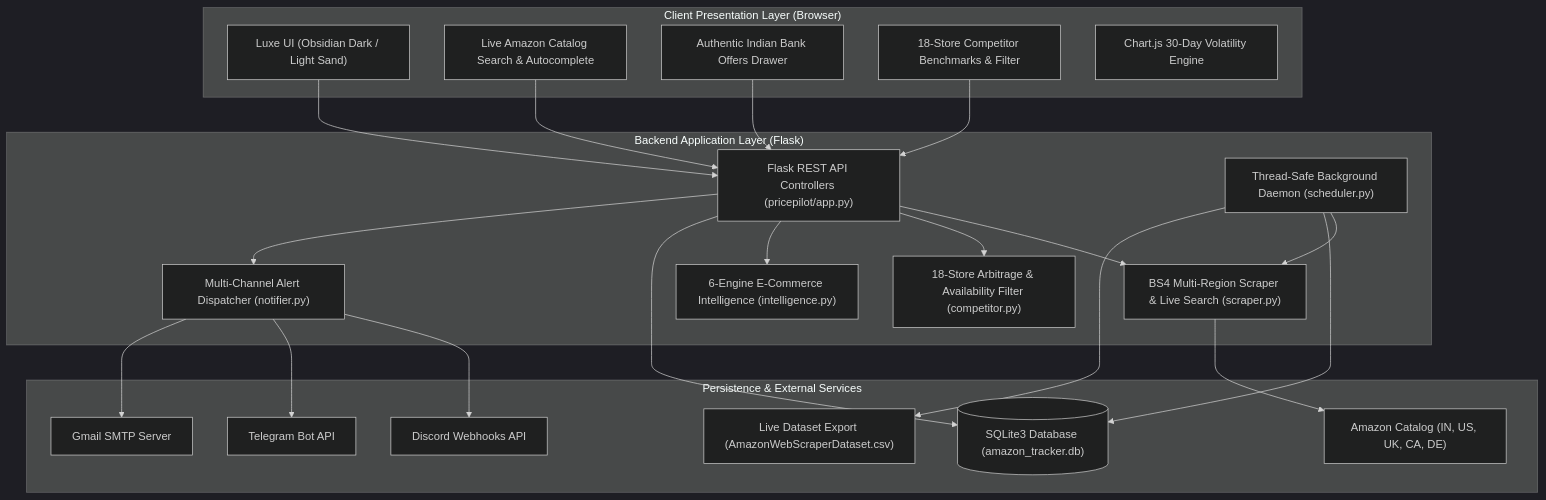
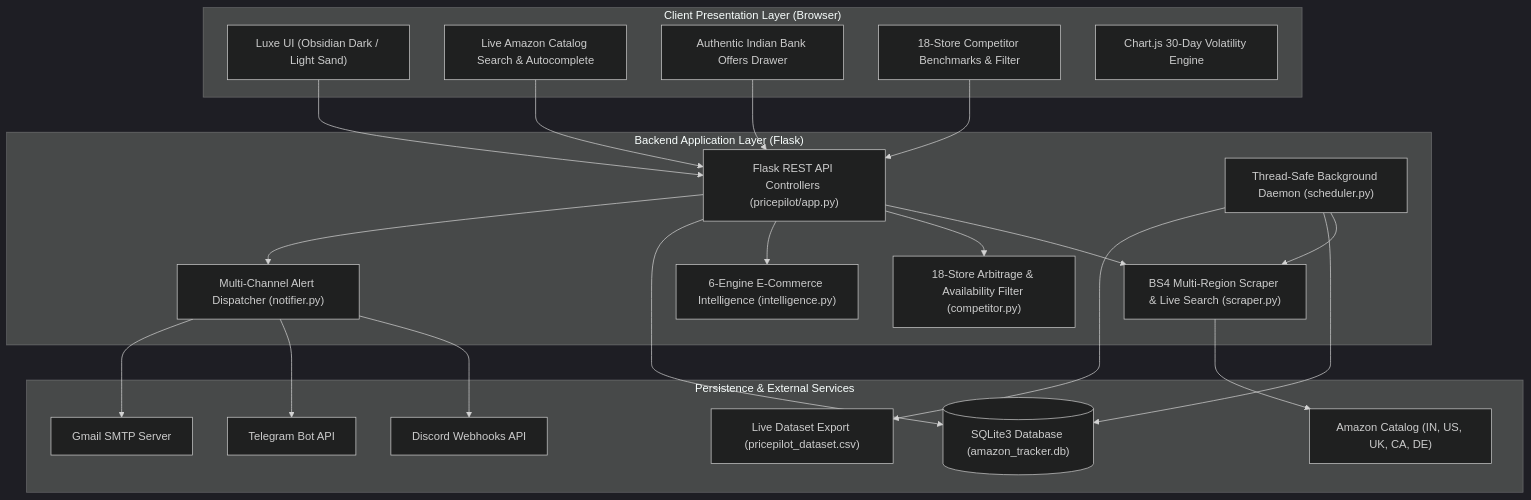
Before and after one commit to Jai-S-Ramani/PricePilot: the first of 2 diagrams in README.md, drawn with Mermaid (dark theme). The commit also changed other lines of this file and 7 other files, not shown here.

Commit message:
refactor(export): standardize CSV export to pricepilot_dataset.csv and ignore CSV outputs in git

````diff
--- a/README.md
+++ b/README.md
@@ -203,48 +203,48 @@
 ```mermaid
 flowchart TD
     subgraph ClientLayer ["Client Presentation Layer (Browser)"]
         UI["Luxe UI (Obsidian Dark / Light Sand)"]
         SearchModal["Live Amazon Catalog Search & Autocomplete"]
         BankDrawer["Authentic Indian Bank Offers Drawer"]
         ArbitrageUI["18-Store Competitor Benchmarks & Filter"]
         AnalyticsChart["Chart.js 30-Day Volatility Engine"]
     end
 
     subgraph ServerLayer ["Backend Application Layer (Flask)"]
         AppRouter["Flask REST API Controllers (pricepilot/app.py)"]
         ScraperEngine["BS4 Multi-Region Scraper & Live Search (scraper.py)"]
         ArbitrageEngine["18-Store Arbitrage & Availability Filter (competitor.py)"]
         IntelSuite["6-Engine E-Commerce Intelligence (intelligence.py)"]
         SchedulerDaemon["Thread-Safe Background Daemon (scheduler.py)"]
         Notifier["Multi-Channel Alert Dispatcher (notifier.py)"]
     end
 
     subgraph DataLayer ["Persistence & External Services"]
         SQLiteDB[("SQLite3 Database (amazon_tracker.db)")]
-        CSVExport["Live Dataset Export (AmazonWebScraperDataset.csv)"]
+        CSVExport["Live Dataset Export (pricepilot_dataset.csv)"]
         AmazonCatalog["Amazon Catalog (IN, US, UK, CA, DE)"]
         DiscordBot["Discord Webhooks API"]
         TelegramBot["Telegram Bot API"]
         SMTPServer["Gmail SMTP Server"]
     end
 
     UI --> AppRouter
     SearchModal --> AppRouter
     BankDrawer --> AppRouter
     ArbitrageUI --> AppRouter
 
     AppRouter --> ScraperEngine
     AppRouter --> ArbitrageEngine
     AppRouter --> IntelSuite
     AppRouter --> SQLiteDB
     AppRouter --> Notifier
 
     SchedulerDaemon --> ScraperEngine
     SchedulerDaemon --> SQLiteDB
     SchedulerDaemon --> CSVExport
 
     ScraperEngine --> AmazonCatalog
     Notifier --> DiscordBot
     Notifier --> TelegramBot
     Notifier --> SMTPServer
 ```
````
